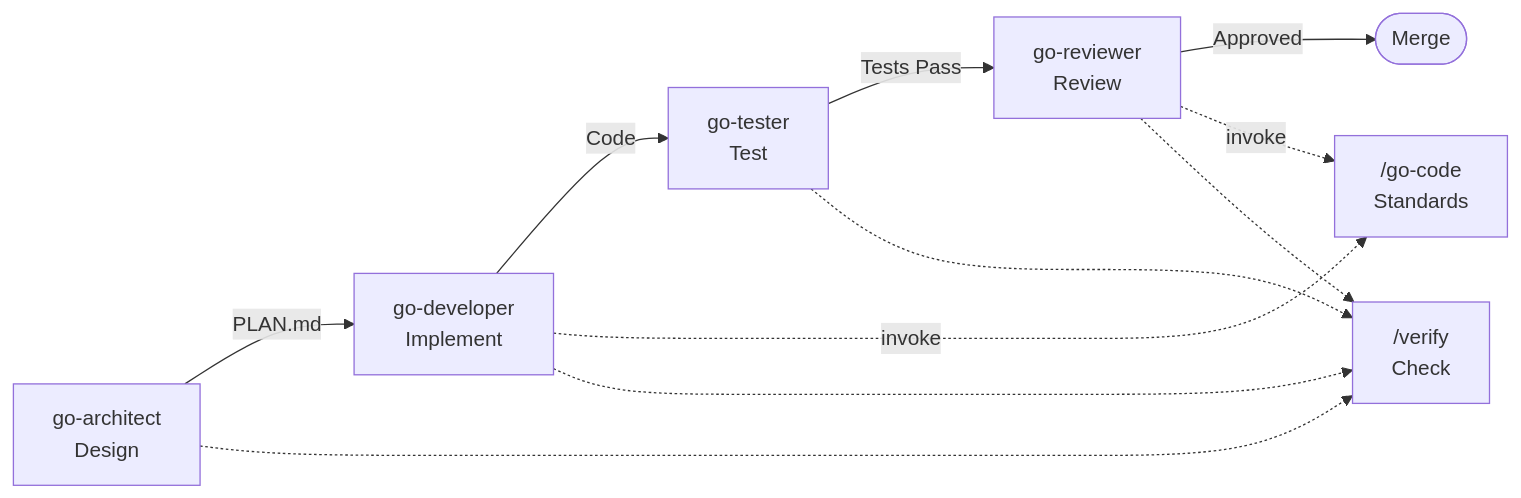
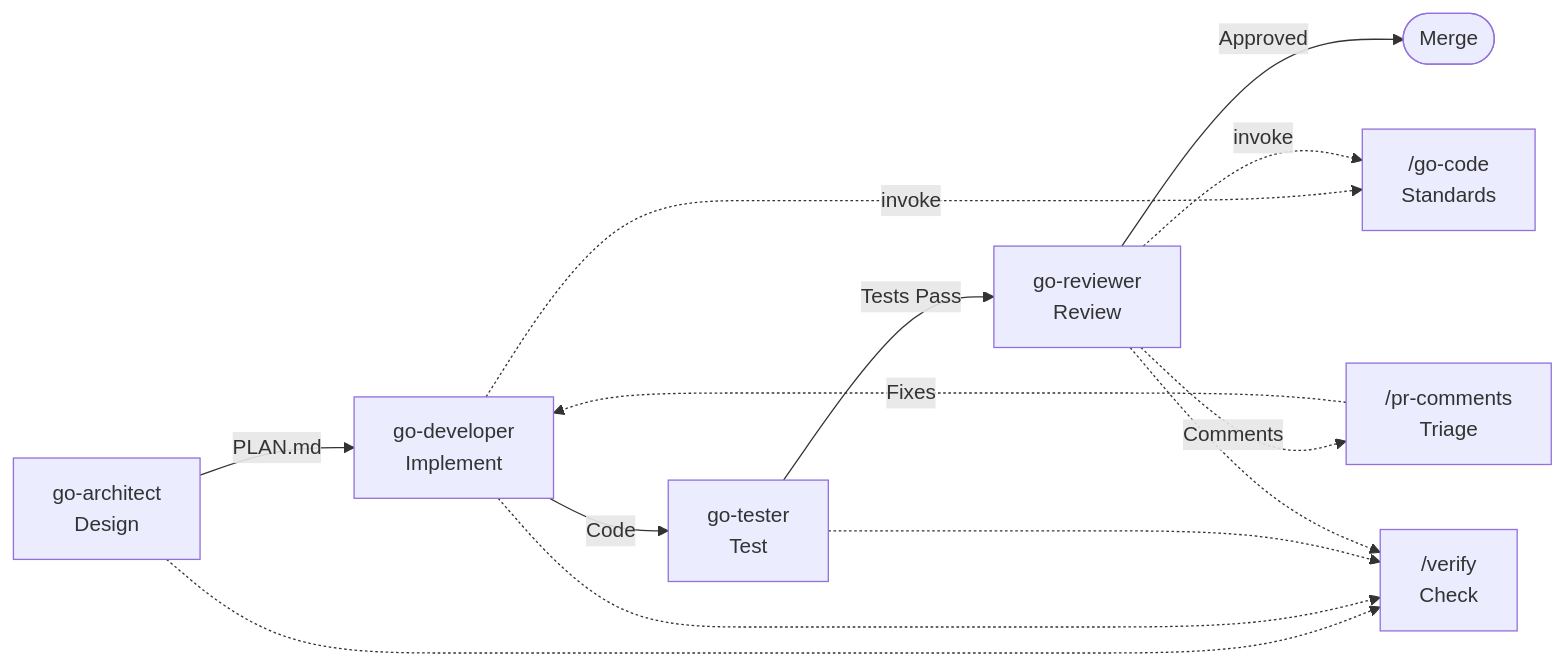
One commit to otaviof/gosmith changed the diagram in README.md. Above: the diagram before and after it, drawn with Mermaid. The commit also changed other lines of this file and 3 other files, not shown here.

First line of the commit message:
feat(skills): add pr-comments skill for PR review comment triage

````diff
--- a/README.md
+++ b/README.md
@@ -38,17 +38,19 @@
 ```mermaid
 flowchart LR
     go-architect["go-architect<br/>Design"]
     go-developer["go-developer<br/>Implement"]
     go-tester["go-tester<br/>Test"]
     go-reviewer["go-reviewer<br/>Review"]
     go-code["/go-code<br/>Standards"]
     verify["/verify<br/>Check"]
+    pr-comments["/pr-comments<br/>Triage"]
 
     go-architect -->|PLAN.md| go-developer
     go-developer -->|Code| go-tester
     go-tester -->|Tests Pass| go-reviewer
     go-reviewer -->|Approved| Merge([Merge])
+    go-reviewer -.->|Comments| pr-comments -.->|Fixes| go-developer
 
     go-developer & go-reviewer -.->|invoke| go-code
     go-architect & go-developer & go-tester & go-reviewer -.-> verify
 ```
````
